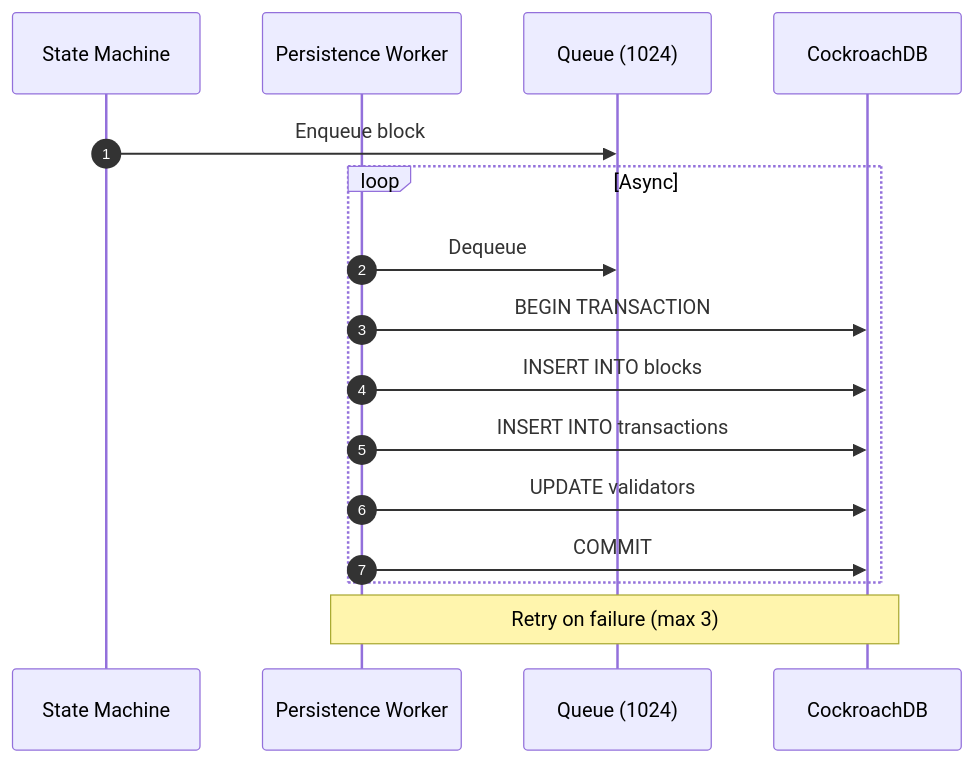
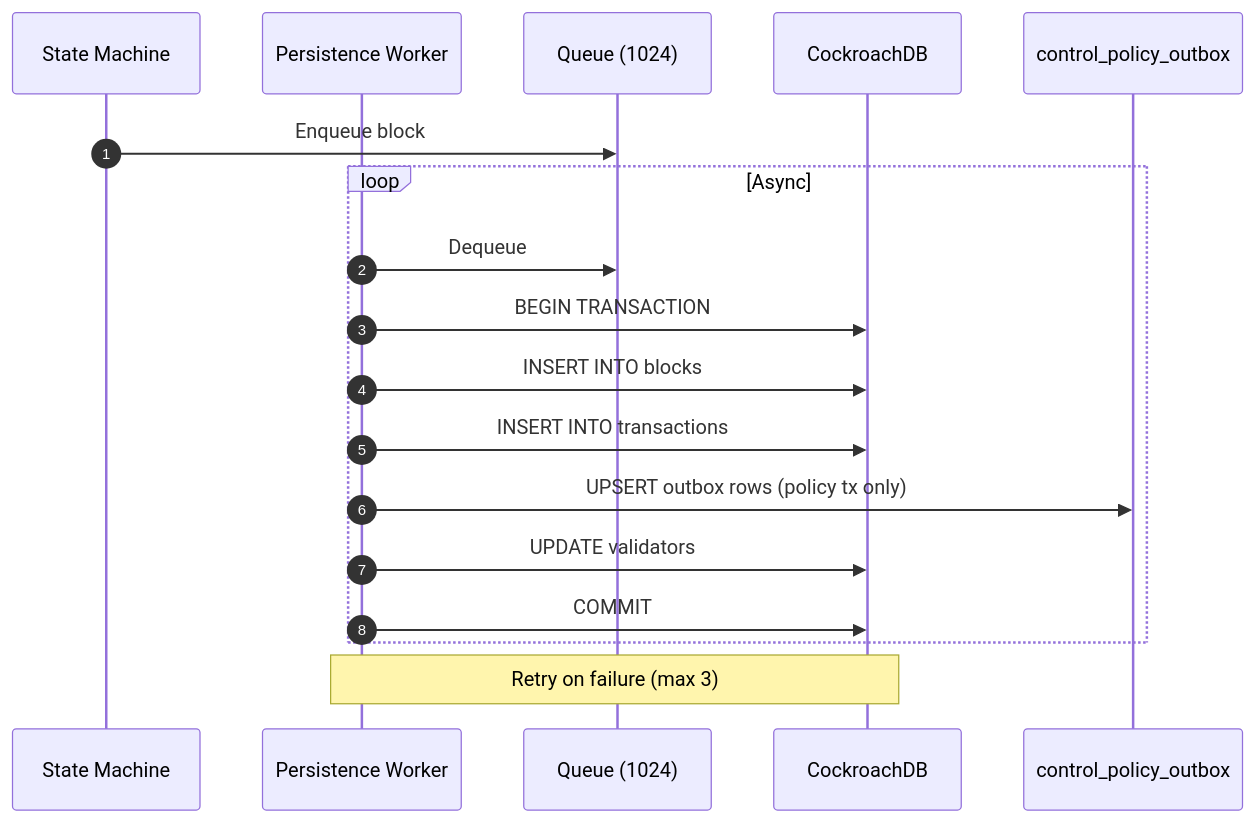
Before and after one commit to EveShark/CyberMesh: diagram 13 of 15 in docs/design/DATA_FLOW.md, drawn with Mermaid. The commit also changed other lines of this file and 13 other files, not shown here.

Commit message:
Update architecture and design documentation

````diff
--- a/docs/design/DATA_FLOW.md
+++ b/docs/design/DATA_FLOW.md
@@ -494,21 +530,23 @@
 ```mermaid
 sequenceDiagram
     autonumber
     participant SM as State Machine
     participant PW as Persistence Worker
     participant Q as Queue (1024)
     participant DB as CockroachDB
+    participant O as control_policy_outbox
     
     SM->>Q: Enqueue block
     
     loop Async
         PW->>Q: Dequeue
         PW->>DB: BEGIN TRANSACTION
         PW->>DB: INSERT INTO blocks
         PW->>DB: INSERT INTO transactions
+        PW->>O: UPSERT outbox rows (policy tx only)
         PW->>DB: UPDATE validators
         PW->>DB: COMMIT
     end
     
     Note over PW,DB: Retry on failure (max 3)
 ```
````
